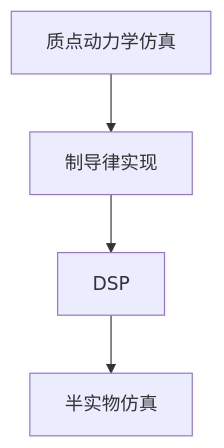
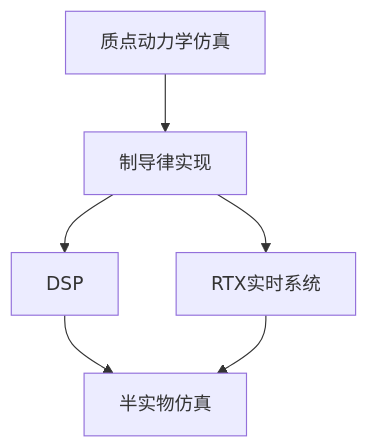
The first of 2 diagrams in README.md (ThuekiLu/BUAASchoolOfAstronauticsGuidanceLaw), drawn with Mermaid before and after one commit. The commit also changed other lines of this file, not shown here.

````diff
--- a/README.md
+++ b/README.md
@@ -7,4 +13,7 @@
 ``` mermaid
 graph TB
-质点动力学仿真 --> 制导律实现 --> DSP --> 半实物仿真
+质点动力学仿真 --> 制导律实现 --> DSP
+制导律实现 -->RTX实时系统
+DSP --> 半实物仿真
+RTX实时系统 --> 半实物仿真
 ```
````
